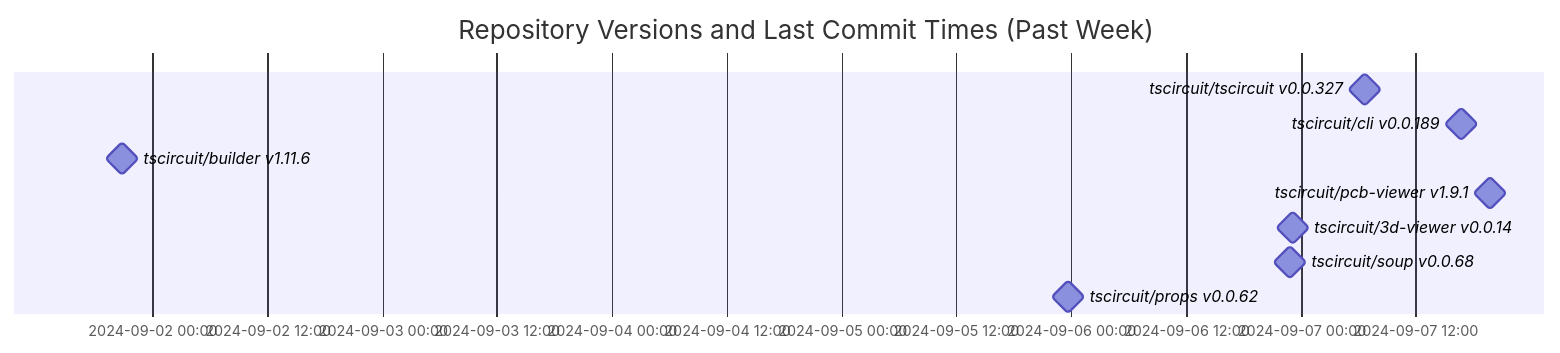
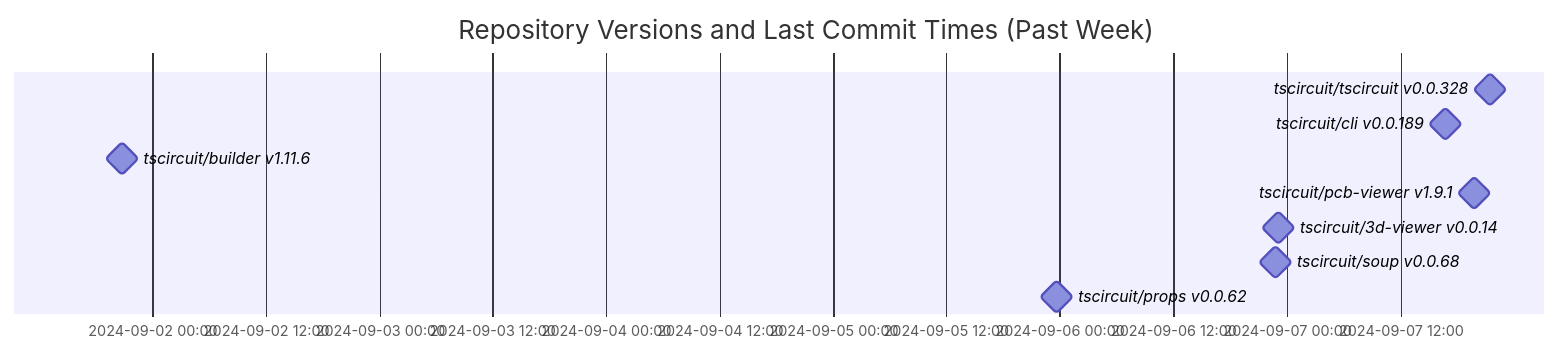
One commit to tscircuit/version-tracker changed the diagram in README.md. Above: the diagram before and after it, drawn with Mermaid.

Commit message:
Update chart

````diff
--- a/README.md
+++ b/README.md
@@ -1,14 +1,14 @@
 ```mermaid
 gantt
   dateFormat  YYYY-MM-DD HH:mm:ss
   title Repository Versions and Last Commit Times (Past Week)
   axisFormat %Y-%m-%d %H:%M
 
-  tscircuit/tscircuit v0.0.327 : milestone, 2024-09-07 06:43:48, 1s
+  tscircuit/tscircuit v0.0.328 : milestone, 2024-09-07 21:30:19, 1s
   tscircuit/cli v0.0.189 : milestone, 2024-09-07 16:43:53, 1s
   tscircuit/builder v1.11.6 : milestone, 2024-09-01 20:47:46, 1s
   tscircuit/pcb-viewer v1.9.1 : milestone, 2024-09-07 19:46:23, 1s
   tscircuit/3d-viewer v0.0.14 : milestone, 2024-09-06 23:07:26, 1s
   tscircuit/soup v0.0.68 : milestone, 2024-09-06 22:51:33, 1s
   tscircuit/props v0.0.62 : milestone, 2024-09-05 23:38:33, 1s
 ```
````
